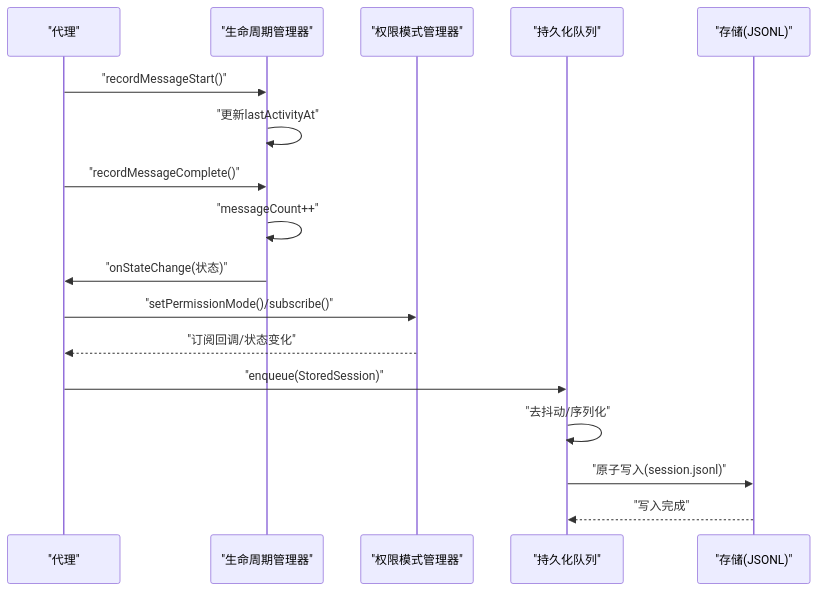
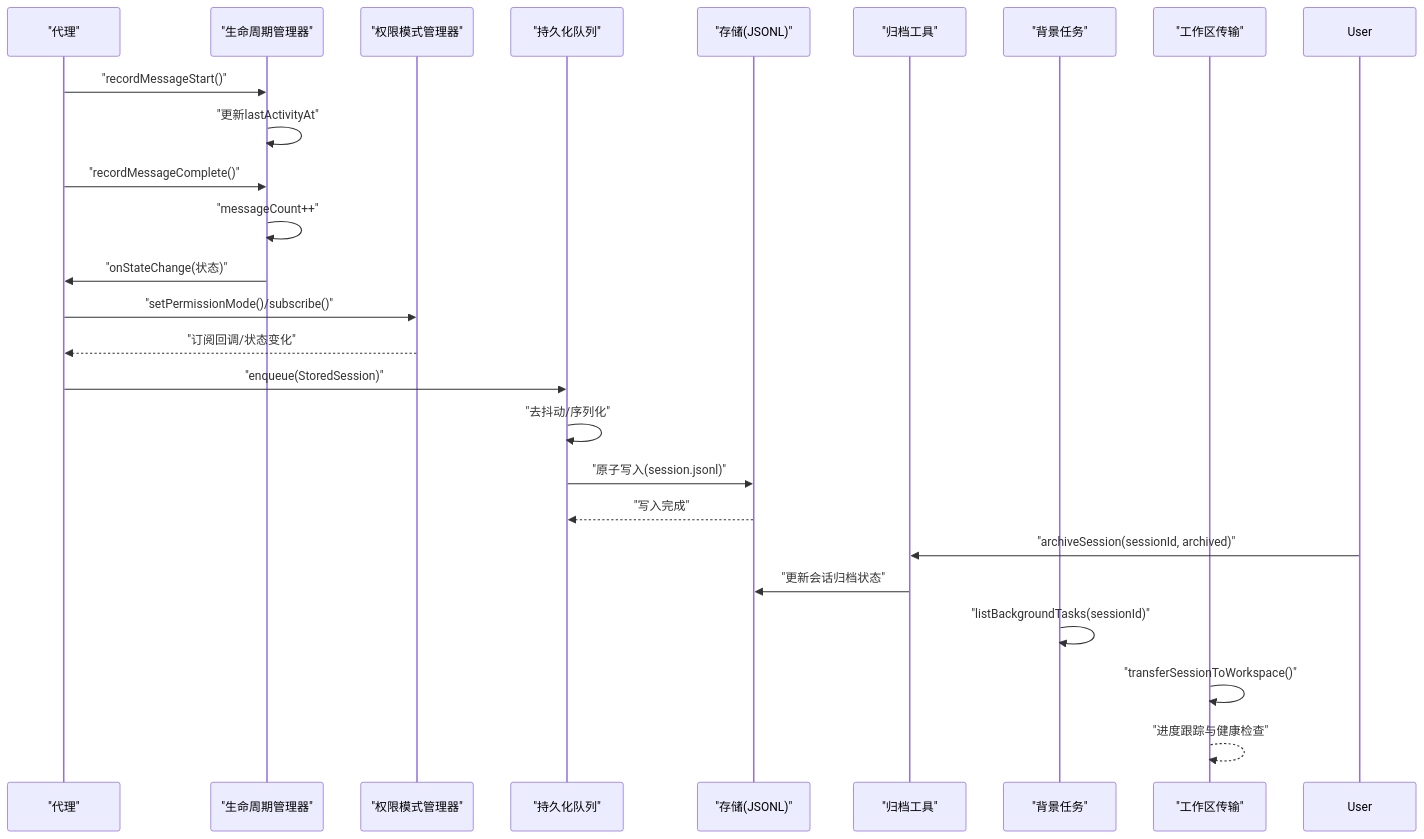
Before and after one commit to haolange/craft-agents-oss: the second of 10 diagrams in .qoder/repowiki/zh/content/会话管理系统/会话管理系统.md, drawn with Mermaid. The commit also changed other lines of this file and 8 other files, not shown here.

````diff
--- a/.qoder/repowiki/zh/content/会话管理系统/会话管理系统.md
+++ b/.qoder/repowiki/zh/content/会话管理系统/会话管理系统.md
@@ -103,19 +141,27 @@
 ```mermaid
 sequenceDiagram
 participant Agent as "代理"
 participant Life as "生命周期管理器"
 participant Mode as "权限模式管理器"
 participant Queue as "持久化队列"
 participant Store as "存储(JSONL)"
+participant Archive as "归档工具"
+participant BT as "背景任务"
+participant WT as "工作区传输"
 Agent->>Life : "recordMessageStart()"
 Life->>Life : "更新lastActivityAt"
 Agent->>Life : "recordMessageComplete()"
 Life->>Life : "messageCount++"
 Life->>Agent : "onStateChange(状态)"
 Agent->>Mode : "setPermissionMode()/subscribe()"
 Mode-->>Agent : "订阅回调/状态变化"
 Agent->>Queue : "enqueue(StoredSession)"
 Queue->>Queue : "去抖动/序列化"
 Queue->>Store : "原子写入(session.jsonl)"
 Store-->>Queue : "写入完成"
+User->>Archive : "archiveSession(sessionId, archived)"
+Archive->>Store : "更新会话归档状态"
+BT->>BT : "listBackgroundTasks(sessionId)"
+WT->>WT : "transferSessionToWorkspace()"
+WT-->>WT : "进度跟踪与健康检查"
 ```
````
